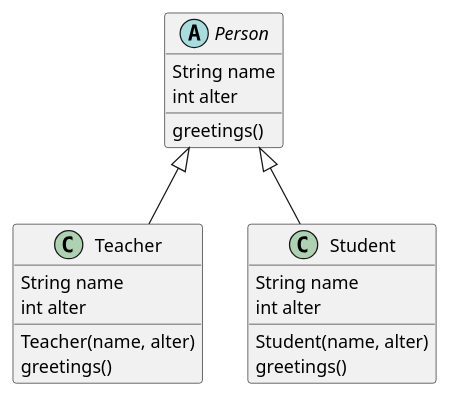
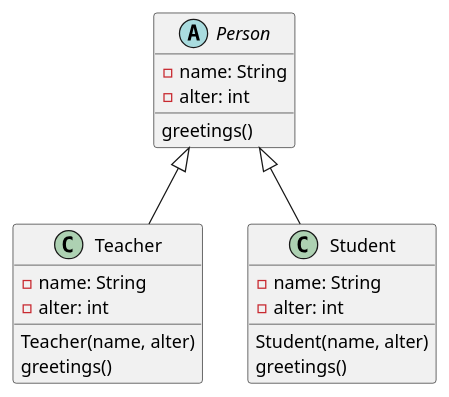
The diagram in asciidocs/plantuml/KlassenDiagramm.puml (GoldmannPascal/RoadToPro), drawn with PlantUML before and after one commit. The commit also changed other lines of this file and 4 other files, not shown here.

```diff
--- a/asciidocs/plantuml/KlassenDiagramm.puml
+++ b/asciidocs/plantuml/KlassenDiagramm.puml
@@ -1,25 +1,25 @@
 @startuml
 
 abstract class Person {
-    String name
-    int alter
+    -name: String
+    -alter: int
     greetings()
 }
 
 class Teacher {
-    String name
-    int alter
+    -name: String
+    -alter: int
     Teacher(name, alter)
     greetings()
 }
 
 class Student {
-    String name
-    int alter
+    -name: String
+    -alter: int
     Student(name, alter)
     greetings()
 }
 
 Person <|-- Teacher
 Person <|-- Student
 @enduml
```
